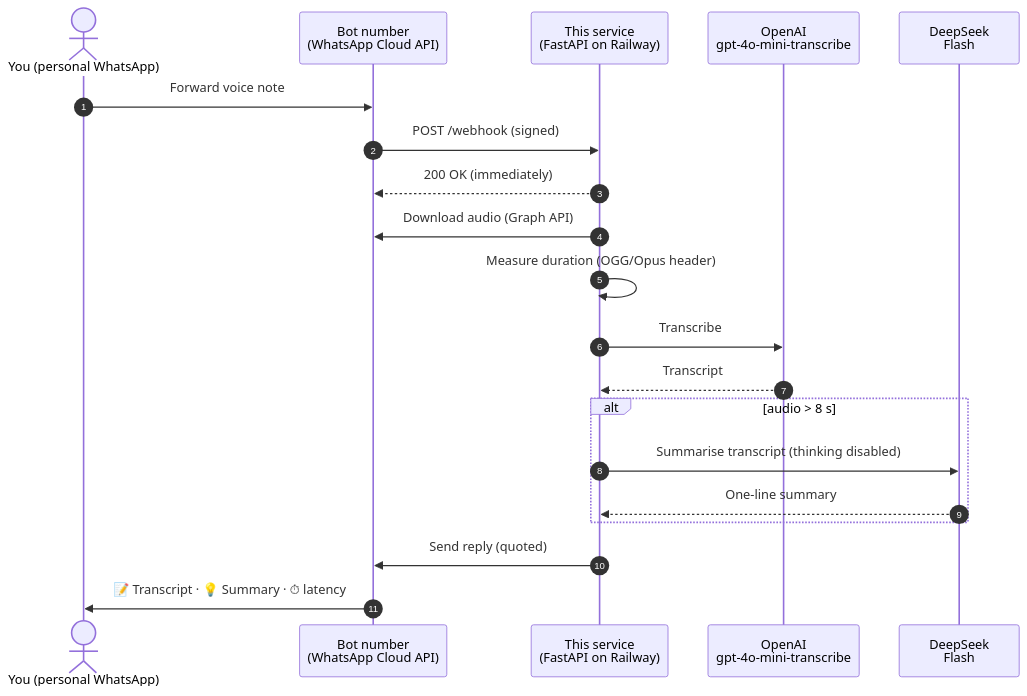
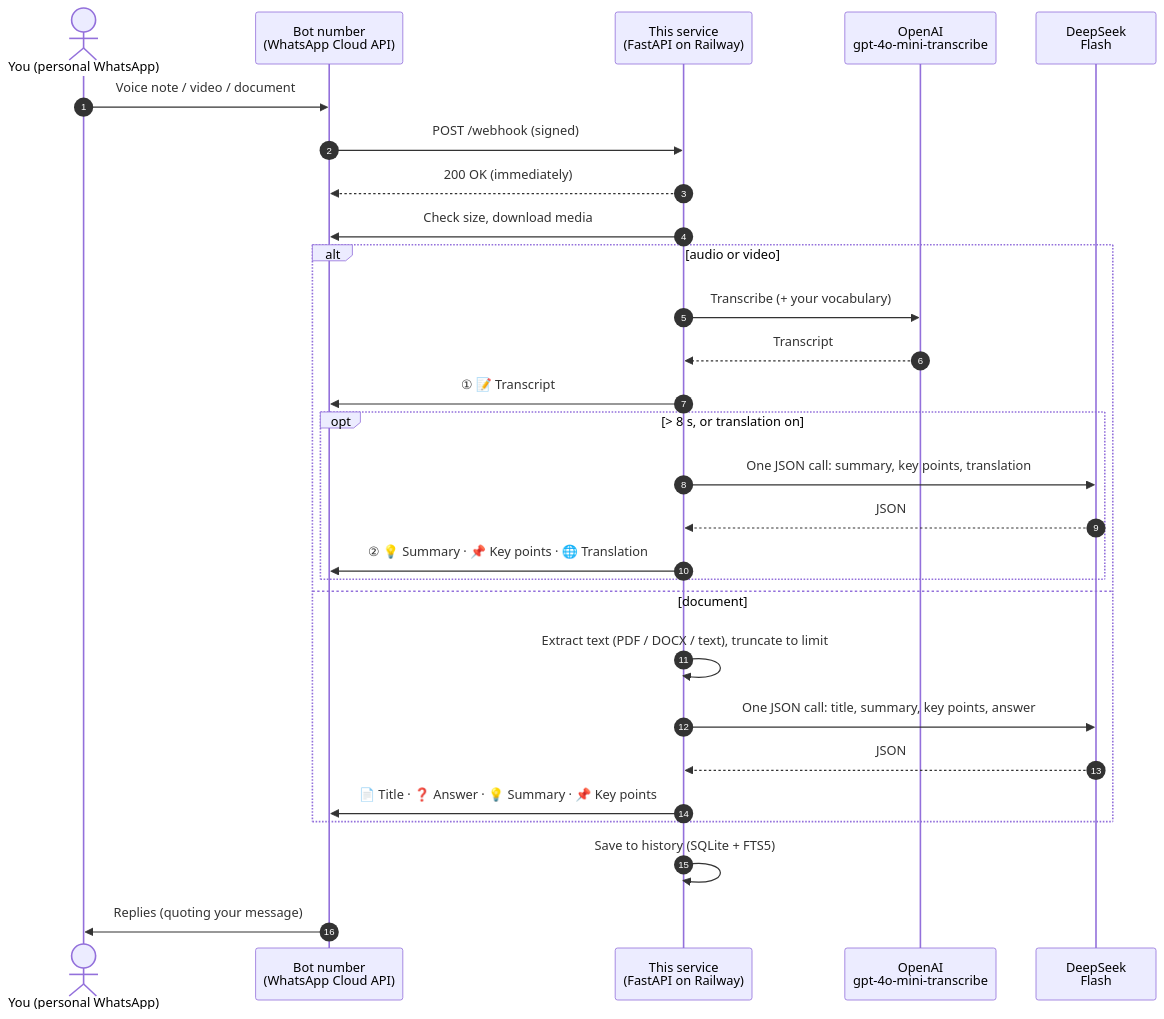
One commit to kwincheah/whatsapp_transcript_service changed the diagram in README.md. Above: the diagram before and after it, drawn with Mermaid. The commit also changed other lines of this file and 16 other files, not shown here.

First line of the commit message:
Add documents, translation, key points, two-stage replies, vocab, history and cost

````diff
--- a/README.md
+++ b/README.md
@@ -87,23 +165,31 @@
 ```mermaid
 sequenceDiagram
     autonumber
     actor You as You (personal WhatsApp)
     participant WA as Bot number<br/>(WhatsApp Cloud API)
     participant Svc as This service<br/>(FastAPI on Railway)
     participant OAI as OpenAI<br/>gpt-4o-mini-transcribe
     participant DS as DeepSeek<br/>Flash
 
-    You->>WA: Forward voice note
+    You->>WA: Voice note / video / document
     WA->>Svc: POST /webhook (signed)
     Svc-->>WA: 200 OK (immediately)
-    Svc->>WA: Download audio (Graph API)
-    Svc->>Svc: Measure duration (OGG/Opus header)
-    Svc->>OAI: Transcribe
-    OAI-->>Svc: Transcript
-    alt audio > 8 s
-        Svc->>DS: Summarise transcript (thinking disabled)
-        DS-->>Svc: One-line summary
+    Svc->>WA: Check size, download media
+    alt audio or video
+        Svc->>OAI: Transcribe (+ your vocabulary)
+        OAI-->>Svc: Transcript
+        Svc->>WA: ① 📝 Transcript
+        opt > 8 s, or translation on
+            Svc->>DS: One JSON call: summary, key points, translation
+            DS-->>Svc: JSON
+            Svc->>WA: ② 💡 Summary · 📌 Key points · 🌐 Translation
+        end
+    else document
+        Svc->>Svc: Extract text (PDF / DOCX / text), truncate to limit
+        Svc->>DS: One JSON call: title, summary, key points, answer
+        DS-->>Svc: JSON
+        Svc->>WA: 📄 Title · ❓ Answer · 💡 Summary · 📌 Key points
     end
-    Svc->>WA: Send reply (quoted)
-    WA->>You: 📝 Transcript · 💡 Summary · ⏱ latency
+    Svc->>Svc: Save to history (SQLite + FTS5)
+    WA->>You: Replies (quoting your message)
 ```
````
